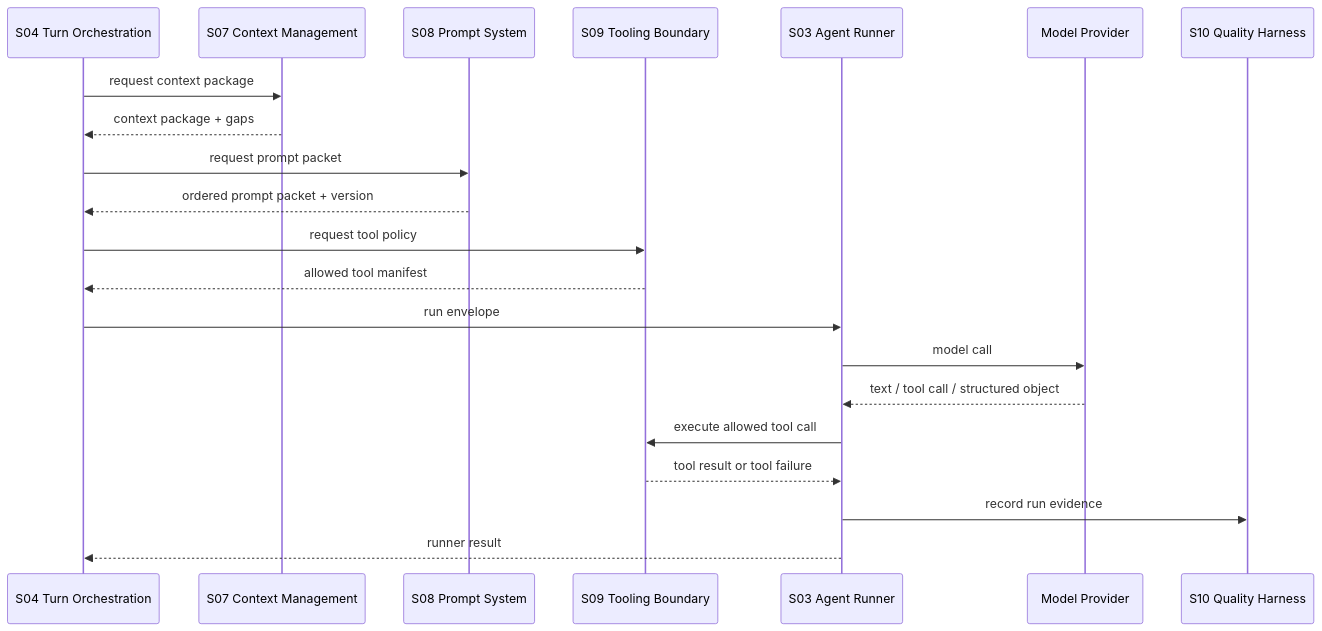
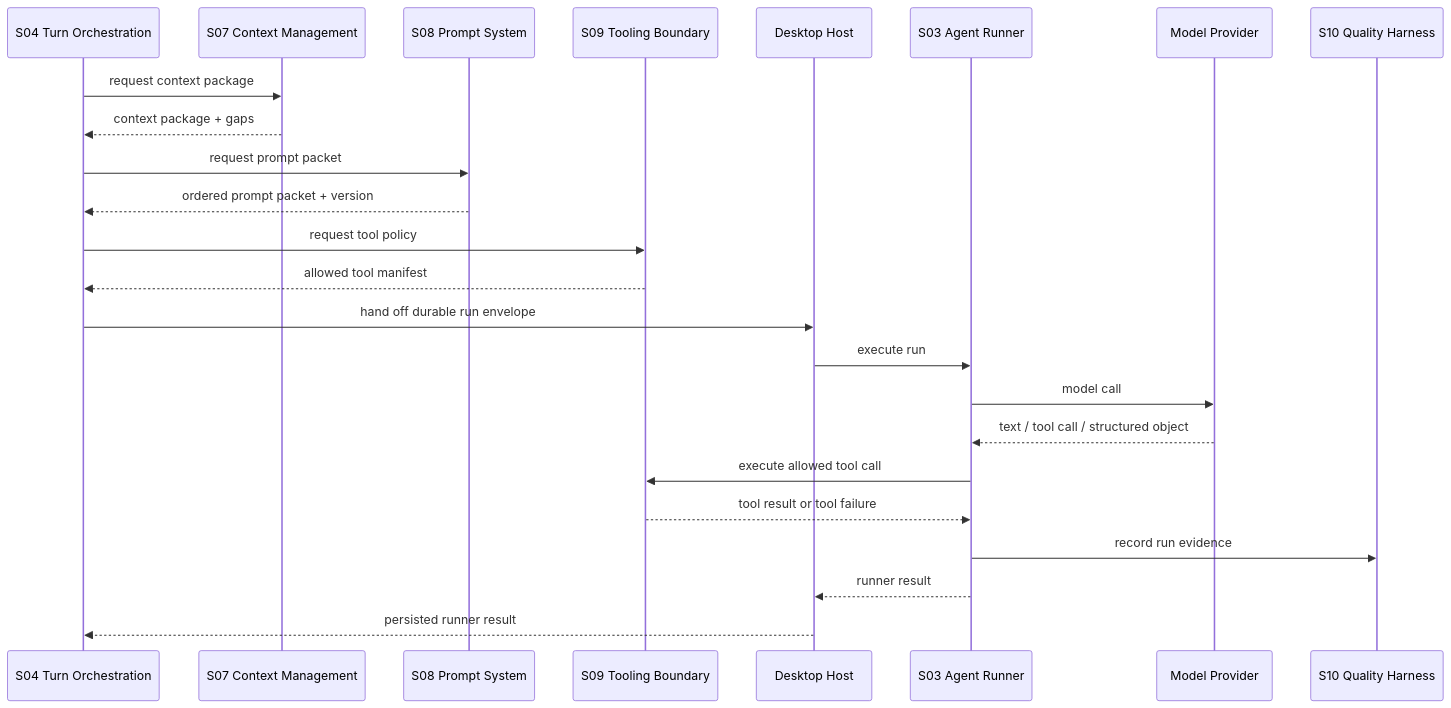
The first of 3 diagrams in spec/S03-agent-runner.md (jinhuang712/open-novel), drawn with Mermaid before and after one commit. The commit also changed other lines of this file and 6 other files, not shown here.

````diff
--- a/spec/S03-agent-runner.md
+++ b/spec/S03-agent-runner.md
@@ -9,24 +9,27 @@
 ```mermaid
 sequenceDiagram
   participant O as S04 Turn Orchestration
   participant C as S07 Context Management
   participant P as S08 Prompt System
   participant B as S09 Tooling Boundary
+  participant Host as Desktop Host
   participant R as S03 Agent Runner
   participant M as Model Provider
   participant H as S10 Quality Harness
 
   O->>C: request context package
   C-->>O: context package + gaps
   O->>P: request prompt packet
   P-->>O: ordered prompt packet + version
   O->>B: request tool policy
   B-->>O: allowed tool manifest
-  O->>R: run envelope
+  O->>Host: hand off durable run envelope
+  Host->>R: execute run
   R->>M: model call
   M-->>R: text / tool call / structured object
   R->>B: execute allowed tool call
   B-->>R: tool result or tool failure
   R->>H: record run evidence
-  R-->>O: runner result
+  R-->>Host: runner result
+  Host-->>O: persisted runner result
 ```
````
